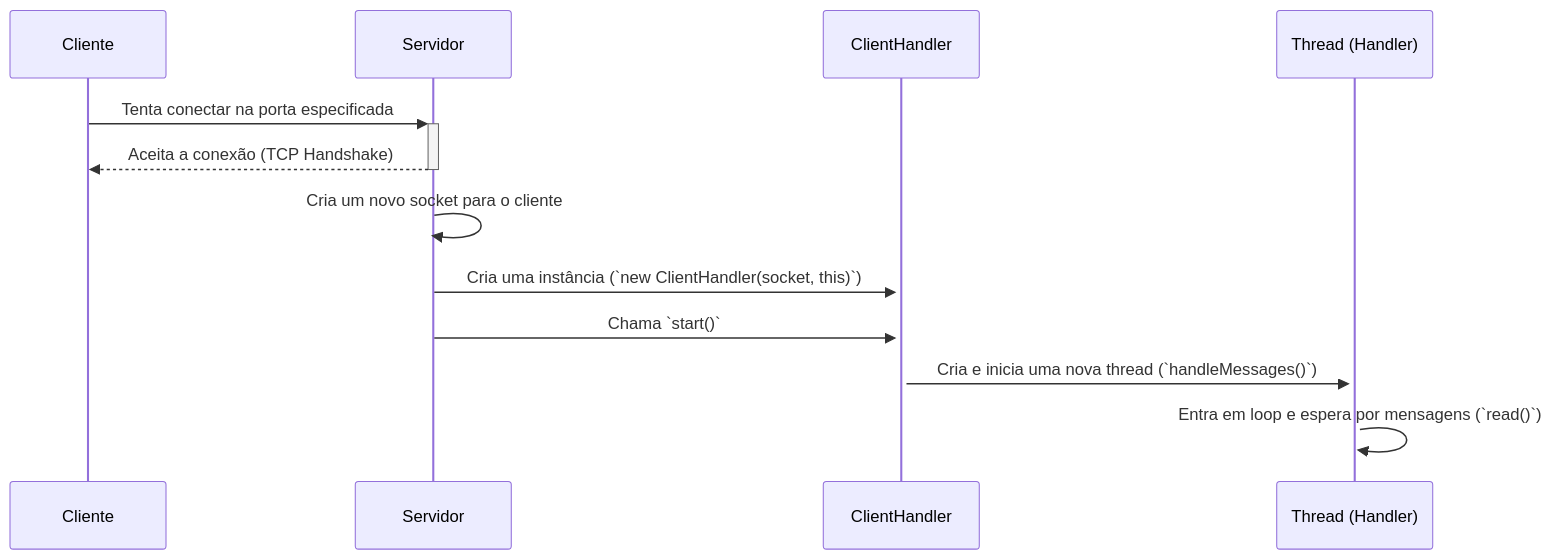
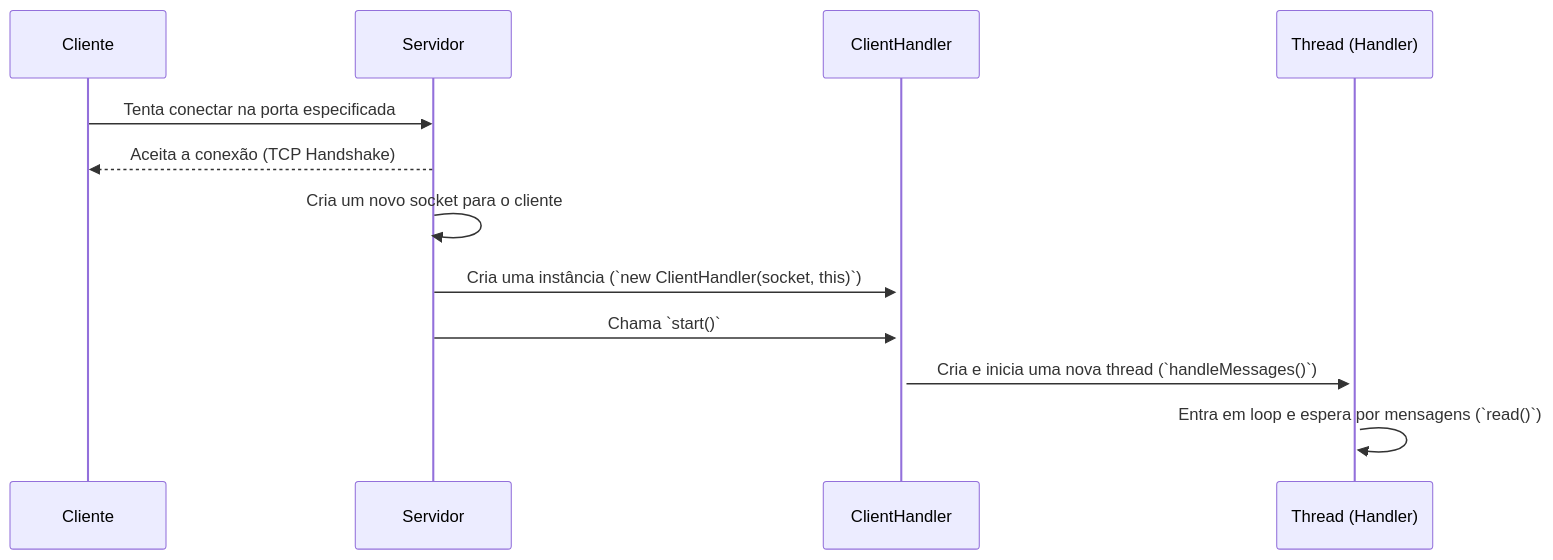
One commit to Maximusthr/LP2---Servidor-de-Chat- changed the first of 2 diagrams in docs/Arquitetura.md. Above: the diagram before and after it, drawn with Mermaid. The commit also changed other lines of this file, not shown here.

````diff
--- a/docs/Arquitetura.md
+++ b/docs/Arquitetura.md
@@ -19,17 +37,20 @@
 ```mermaid
 sequenceDiagram
     participant Cliente
     participant Servidor
     participant ClientHandler
     participant Thread (Handler)
 
-    Cliente->>+Servidor: Tenta conectar na porta especificada
-    Servidor-->>-Cliente: Aceita a conexão (TCP Handshake)
+    Cliente->>Servidor: Tenta conectar na porta especificada
+    Servidor-->>Cliente: Aceita a conexão (TCP Handshake)
     
     Servidor->>Servidor: Cria um novo socket para o cliente
-    Servidor->>+ClientHandler: Cria uma instância (`new ClientHandler(socket, this)`)
     
+    activate ClientHandler
+    Servidor->>ClientHandler: Cria uma instância (`new ClientHandler(socket, this)`)
     Servidor->>ClientHandler: Chama `start()`
-    ClientHandler->>+Thread (Handler): Cria e inicia uma nova thread (`handleMessages()`)
+    
+    activate Thread (Handler)
+    ClientHandler->>Thread (Handler): Cria e inicia uma nova thread (`handleMessages()`)
     Thread (Handler)->>Thread (Handler): Entra em loop e espera por mensagens (`read()`)
 ```
````
